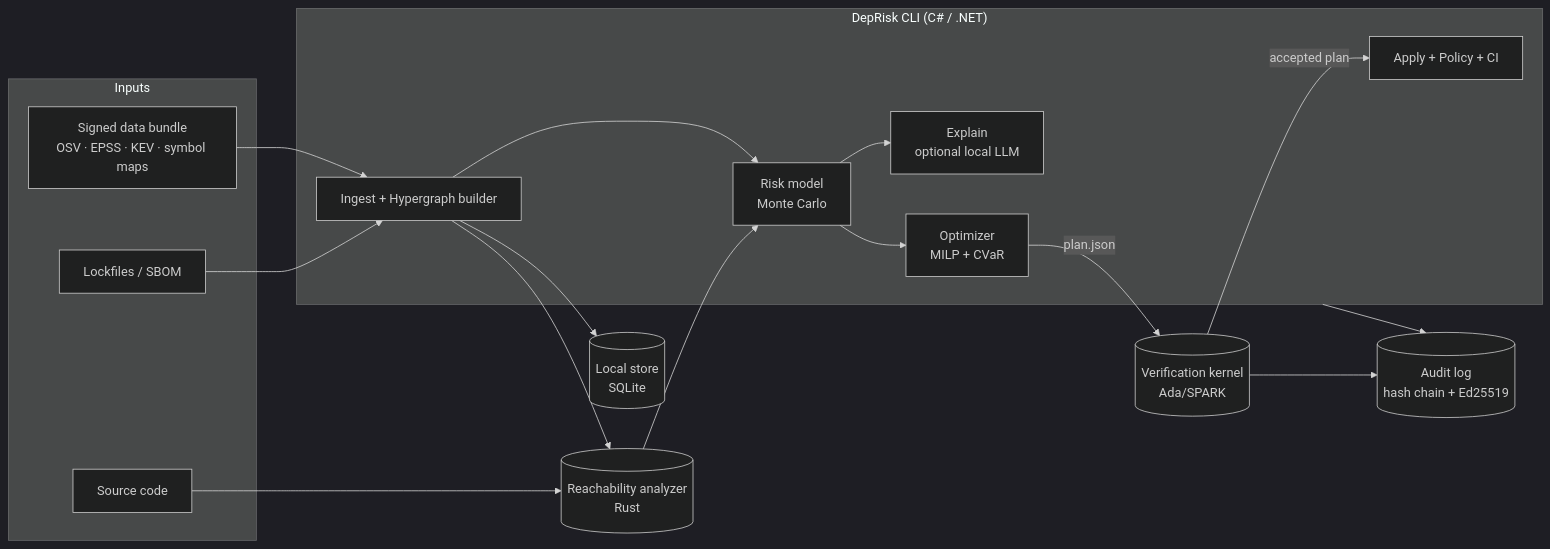
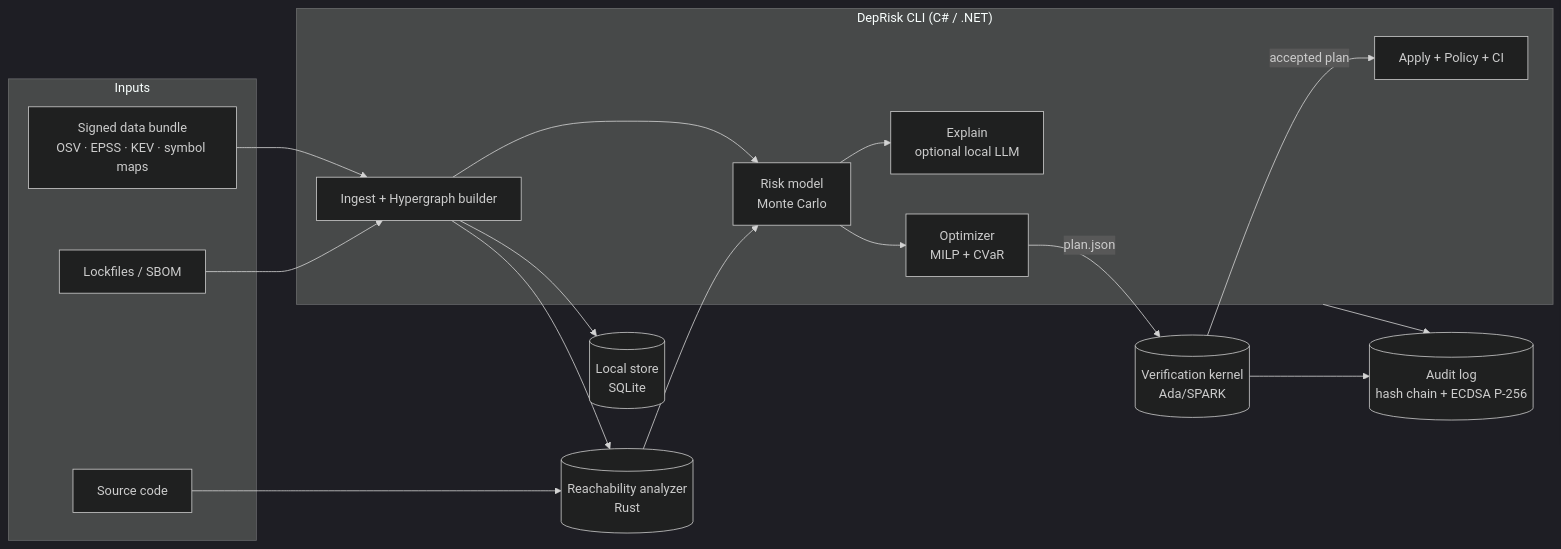
One commit to codeoops-dev/DepRisk changed the diagram in README.md. Above: the diagram before and after it, drawn with Mermaid (dark theme). The commit also changed other lines of this file and 37 other files, not shown here.

First line of the commit message:
Add init and a signed, hash-chained audit log

````diff
--- a/README.md
+++ b/README.md
@@ -268,35 +269,35 @@
 ```mermaid
 flowchart LR
     subgraph Inputs
       L[Lockfiles / SBOM]
       S[Source code]
       D[Signed data bundle<br/>OSV · EPSS · KEV · symbol maps]
     end
 
     subgraph Core["DepRisk CLI (C# / .NET)"]
       I[Ingest + Hypergraph builder]
       R[Risk model<br/>Monte Carlo]
       O[Optimizer<br/>MILP + CVaR]
       A[Apply + Policy + CI]
       X[Explain<br/>optional local LLM]
     end
 
     RA[(Reachability analyzer<br/>Rust)]
     K[(Verification kernel<br/>Ada/SPARK)]
-    AL[(Audit log<br/>hash chain + Ed25519)]
+    AL[(Audit log<br/>hash chain + ECDSA P-256)]
     ST[(Local store<br/>SQLite)]
 
     L --> I
     D --> I
     S --> RA
     I --> RA
     RA --> R
     I --> R
     R --> O
     O -->|plan.json| K
     K -->|accepted plan| A
     R --> X
     I --> ST
     Core --> AL
     K --> AL
 ```
````
